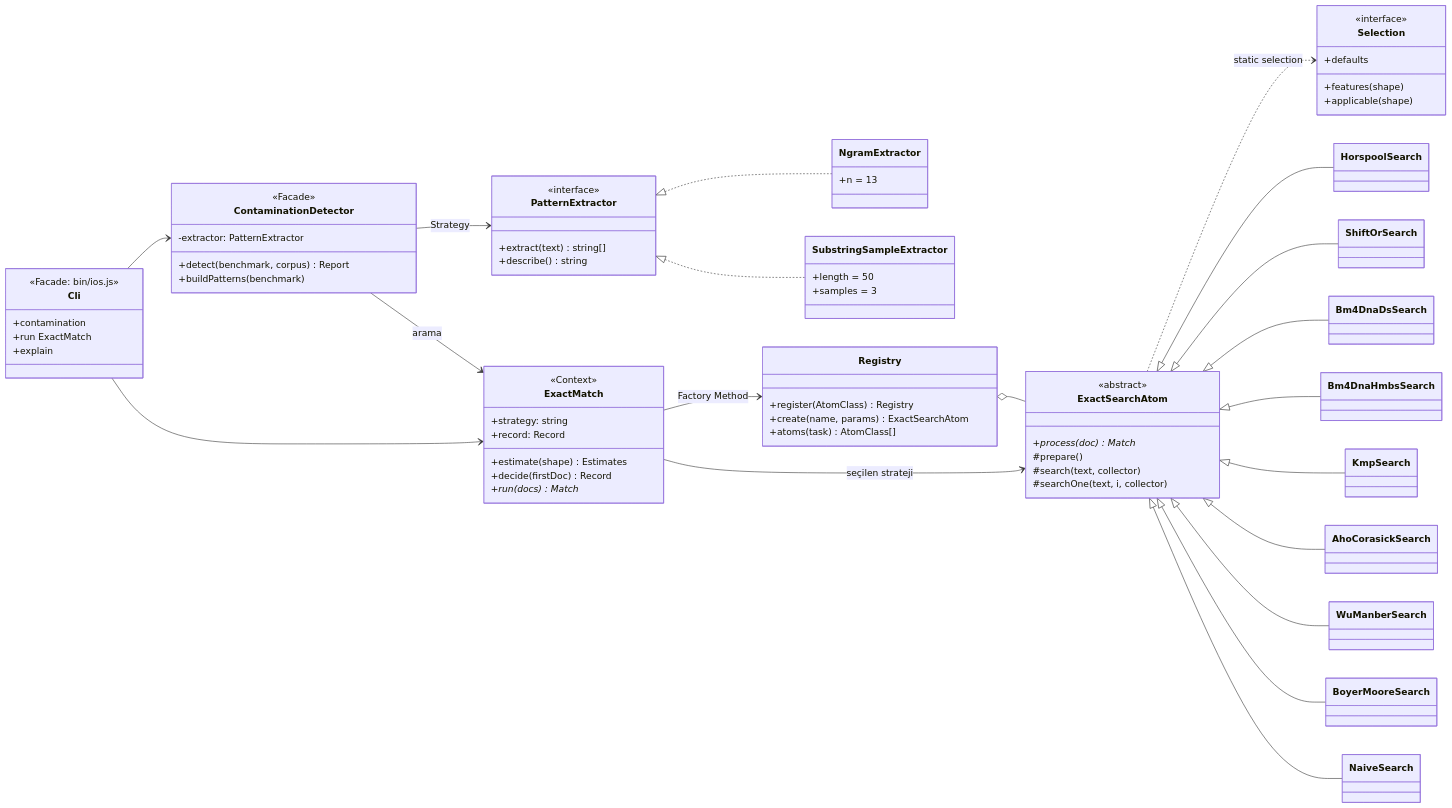
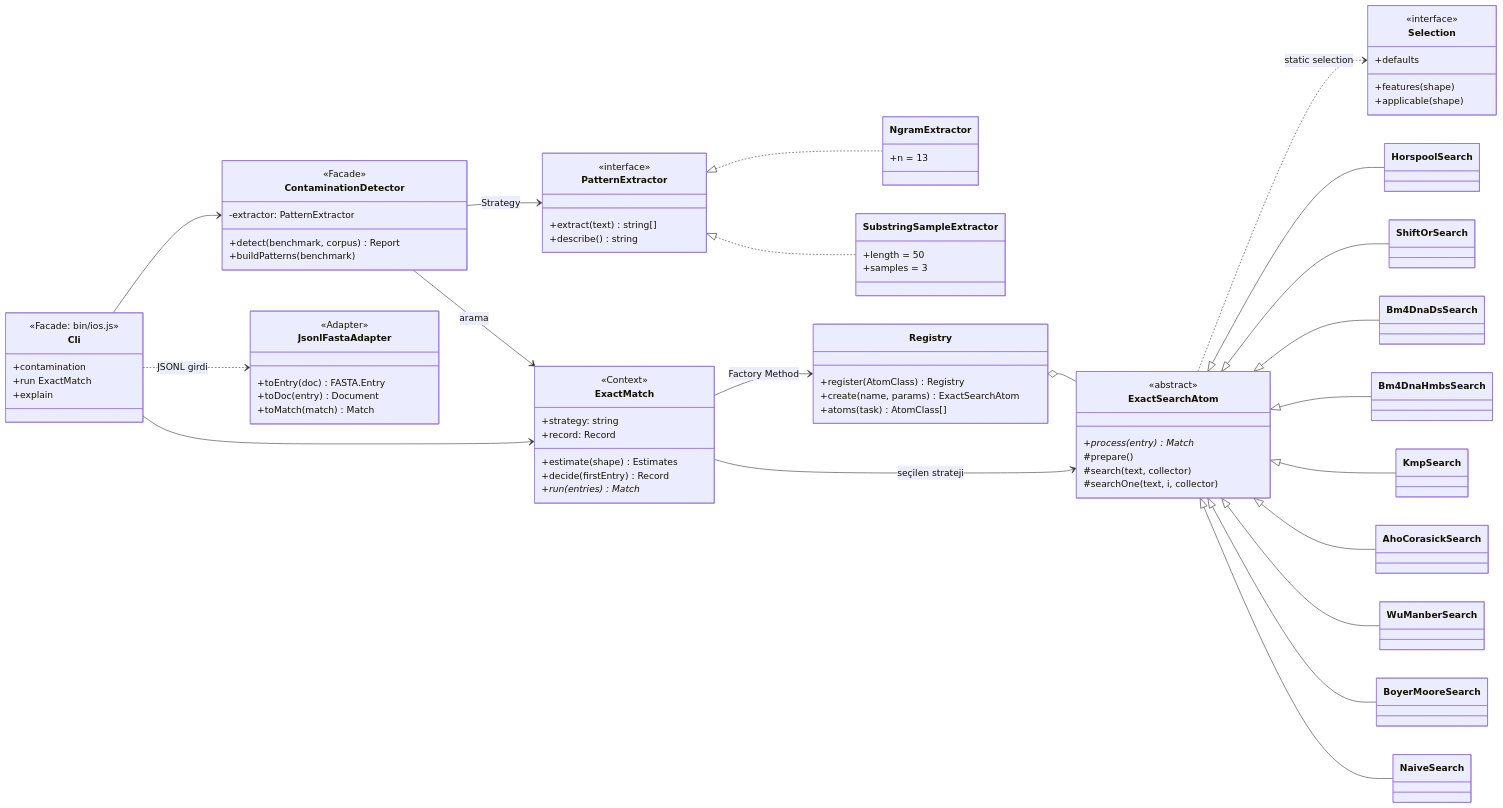
The diagram in docs/figures/sinif_diyagrami.mmd (ilaydarslan/YZM327-odev3), drawn with Mermaid before and after one commit. The commit also changed 32 other files, not shown here.

```diff
--- a/docs/figures/sinif_diyagrami.mmd
+++ b/docs/figures/sinif_diyagrami.mmd
@@ -1,71 +1,78 @@
 classDiagram
   direction LR
   class Cli {
     <<Facade: bin/ios.js>>
     +contamination
     +run ExactMatch
     +explain
   }
   class ContaminationDetector {
     <<Facade>>
     -extractor: PatternExtractor
     +detect(benchmark, corpus) Report
     +buildPatterns(benchmark)
   }
   class PatternExtractor {
     <<interface>>
     +extract(text) string[]
     +describe() string
   }
   class NgramExtractor {
     +n = 13
   }
   class SubstringSampleExtractor {
     +length = 50
     +samples = 3
   }
   class ExactMatch {
     <<Context>>
     +strategy: string
     +record: Record
     +estimate(shape) Estimates
-    +decide(firstDoc) Record
-    +run(docs)* Match
+    +decide(firstEntry) Record
+    +run(entries)* Match
   }
   class Registry {
     +register(AtomClass) Registry
     +create(name, params) ExactSearchAtom
     +atoms(task) AtomClass[]
   }
   class ExactSearchAtom {
     <<abstract>>
-    +process(doc)* Match
+    +process(entry)* Match
     #prepare()
     #search(text, collector)
     #searchOne(text, i, collector)
   }
   class Selection {
     <<interface>>
     +features(shape)
     +defaults
     +applicable(shape)
   }
+  class JsonlFastaAdapter {
+    <<Adapter>>
+    +toEntry(doc) FASTA.Entry
+    +toDoc(entry) Document
+    +toMatch(match) Match
+  }
   Cli --> ContaminationDetector
+  Cli ..> JsonlFastaAdapter : JSONL girdi
   Cli --> ExactMatch
   ContaminationDetector --> PatternExtractor : Strategy
   ContaminationDetector --> ExactMatch : arama
   PatternExtractor <|.. NgramExtractor
   PatternExtractor <|.. SubstringSampleExtractor
   ExactMatch --> Registry : Factory Method
   ExactMatch --> ExactSearchAtom : seçilen strateji
   Registry o-- ExactSearchAtom
   ExactSearchAtom ..> Selection : static selection
   ExactSearchAtom <|-- HorspoolSearch
   ExactSearchAtom <|-- ShiftOrSearch
   ExactSearchAtom <|-- Bm4DnaDsSearch
   ExactSearchAtom <|-- Bm4DnaHmbsSearch
   ExactSearchAtom <|-- KmpSearch
   ExactSearchAtom <|-- AhoCorasickSearch
   ExactSearchAtom <|-- WuManberSearch
   ExactSearchAtom <|-- BoyerMooreSearch
   ExactSearchAtom <|-- NaiveSearch
```
